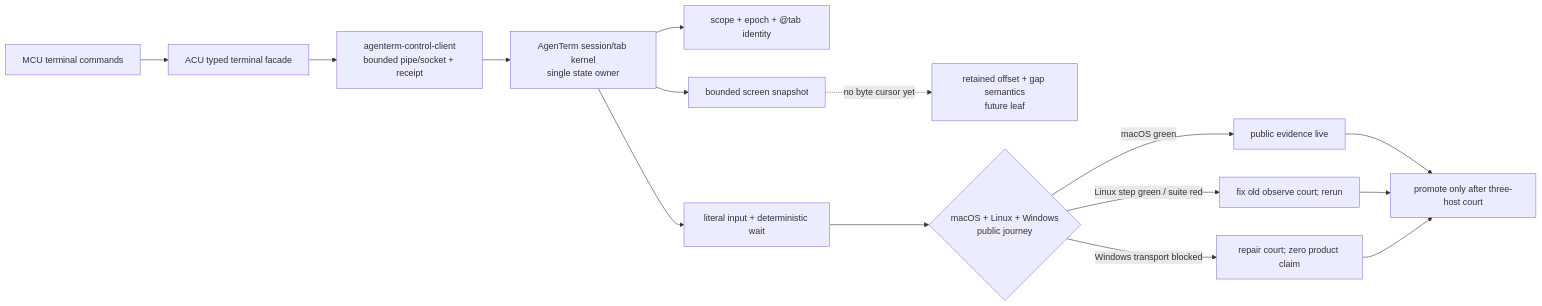
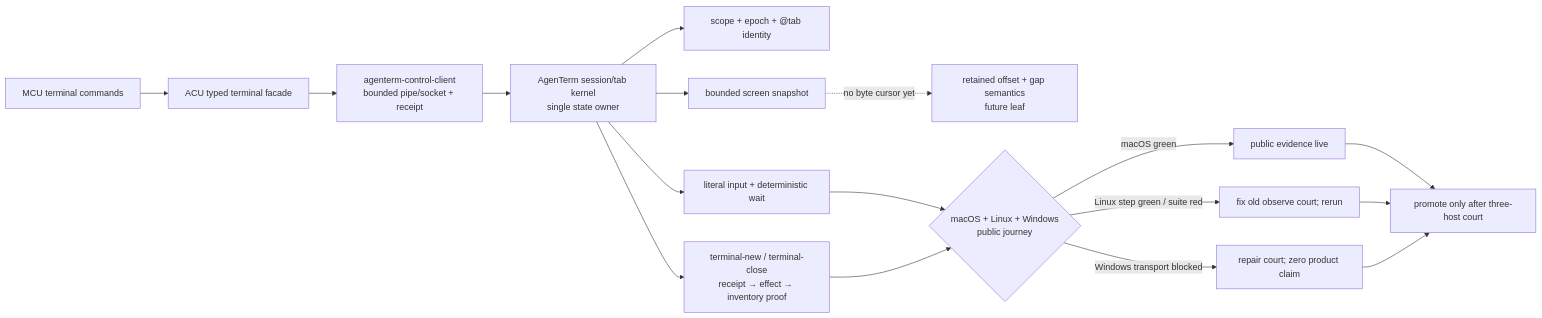
Before and after one commit to partnernetsoftware/agenterm: the first of 2 diagrams in prd/PRD_02_28_agenterm_cu.md, drawn with Mermaid. The commit also changed other lines of this file and 16 other files, not shown here.

````diff
--- a/prd/PRD_02_28_agenterm_cu.md
+++ b/prd/PRD_02_28_agenterm_cu.md
@@ -440,17 +453,19 @@
 ```mermaid
 flowchart LR
   M["MCU terminal commands"] --> F["ACU typed terminal facade"]
   F --> C["agenterm-control-client<br/>bounded pipe/socket + receipt"]
   C --> K["AgenTerm session/tab kernel<br/>single state owner"]
   K --> I["scope + epoch + @tab identity"]
+  K --> L["terminal-new / terminal-close<br/>receipt → effect → inventory proof"]
   K --> S["bounded screen snapshot"]
   K --> W["literal input + deterministic wait"]
   S -. "no byte cursor yet" .-> G["retained offset + gap semantics<br/>future leaf"]
   W --> Q{"macOS + Linux + Windows<br/>public journey"}
+  L --> Q
   Q -->|macOS green| M1["public evidence live"]
   Q -->|Linux step green / suite red| L1["fix old observe court; rerun"]
   Q -->|Windows transport blocked| W1["repair court; zero product claim"]
   M1 --> P["promote only after three-host court"]
   L1 --> P
   W1 --> P
 ```
````
